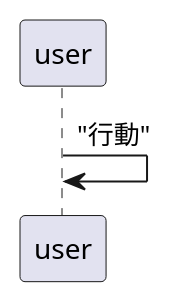
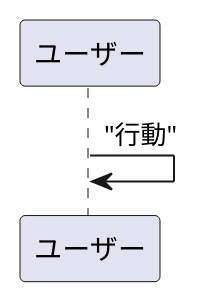
One commit to access-company/IoTIntern changed the diagram in doc/samples/test.puml. Above: the diagram before and after it, drawn with PlantUML.

Commit message:
[229313] fix name

```diff
--- a/doc/samples/test.puml
+++ b/doc/samples/test.puml
@@ -1,4 +1,4 @@
 @startuml
-participant "user" as user
+participant "ユーザー" as user
 user -> user: "行動"
 @enduml
```
